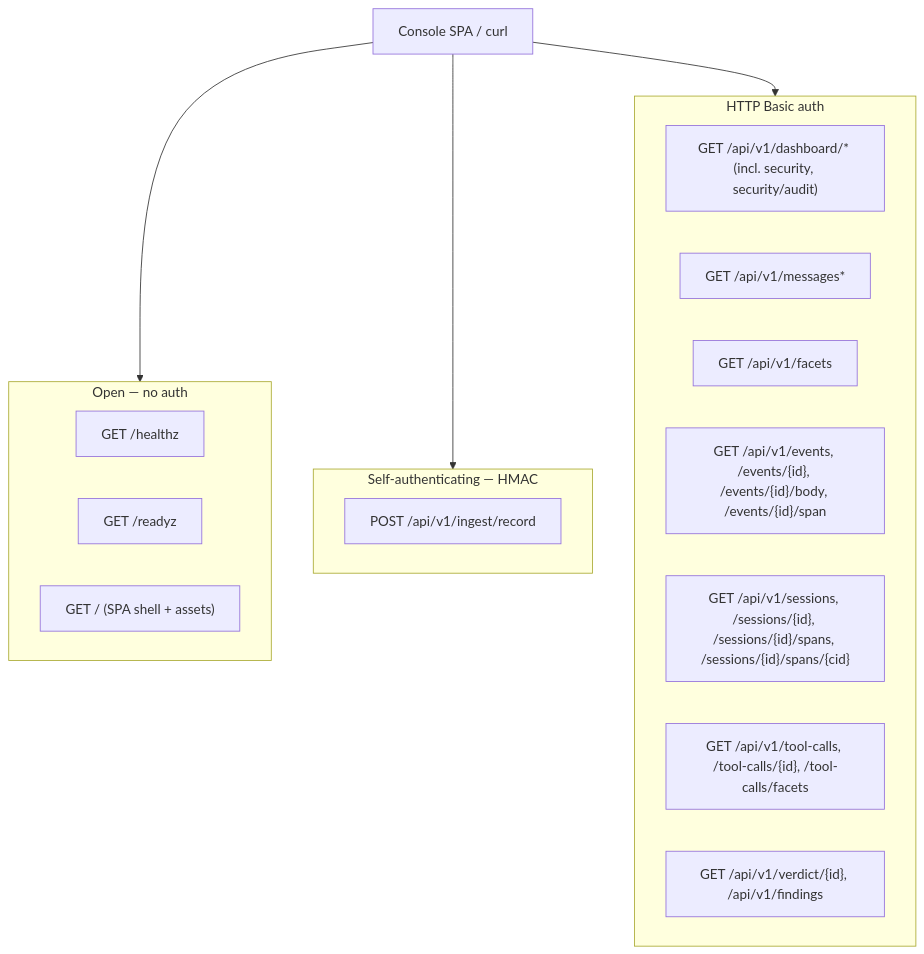
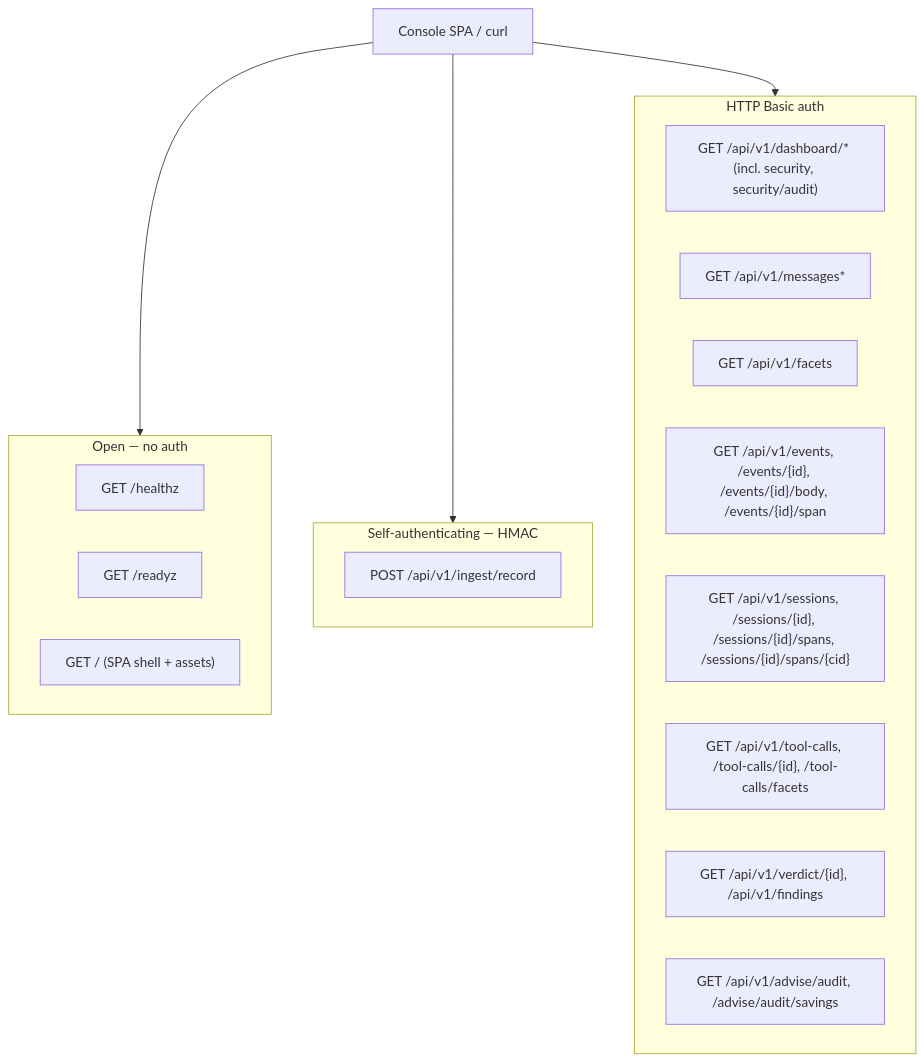
The diagram in docs/arbiter-api.md (andyjmorgan/slipspace-gateway), drawn with Mermaid before and after one commit. The commit also changed other lines of this file and 18 other files, not shown here.

First line of the commit message:
feat(arbiter): advise audit log + savings attribution (#455)

````diff
--- a/docs/arbiter-api.md
+++ b/docs/arbiter-api.md
@@ -23,24 +23,25 @@
 ```mermaid
 flowchart TD
   client[Console SPA / curl]
   subgraph open[Open — no auth]
     health["GET /healthz"]
     ready["GET /readyz"]
     spa["GET / (SPA shell + assets)"]
   end
   subgraph hmac[Self-authenticating — HMAC]
     ingest["POST /api/v1/ingest/record"]
   end
   subgraph gated[HTTP Basic auth]
     dash["GET /api/v1/dashboard/* (incl. security, security/audit)"]
     msgs["GET /api/v1/messages*"]
     facets["GET /api/v1/facets"]
     events["GET /api/v1/events, /events/{id}, /events/{id}/body, /events/{id}/span"]
     sessions["GET /api/v1/sessions, /sessions/{id}, /sessions/{id}/spans, /sessions/{id}/spans/{cid}"]
     toolcalls["GET /api/v1/tool-calls, /tool-calls/{id}, /tool-calls/facets"]
     security["GET /api/v1/verdict/{id}, /api/v1/findings"]
+    adviseaudit["GET /api/v1/advise/audit, /advise/audit/savings"]
   end
   client --> open
   client --> hmac
   client --> gated
 ```
````
